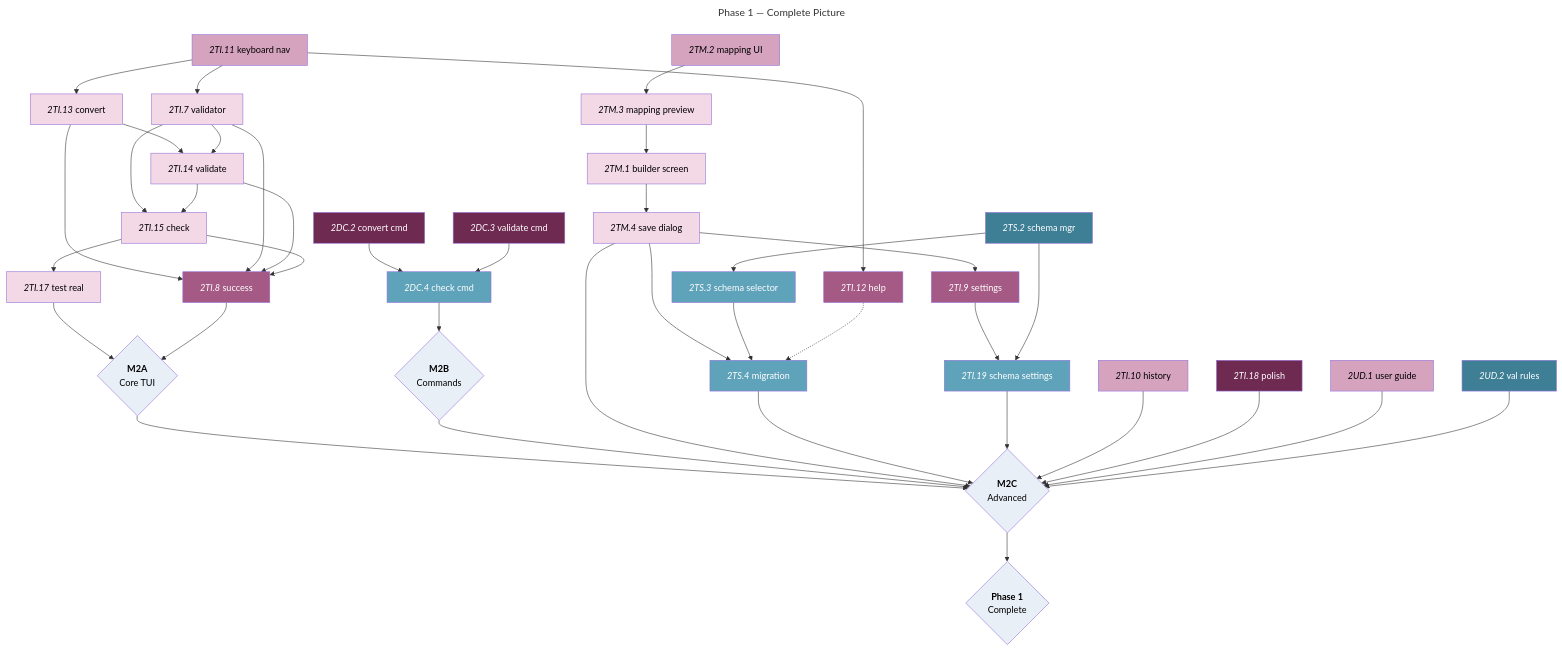
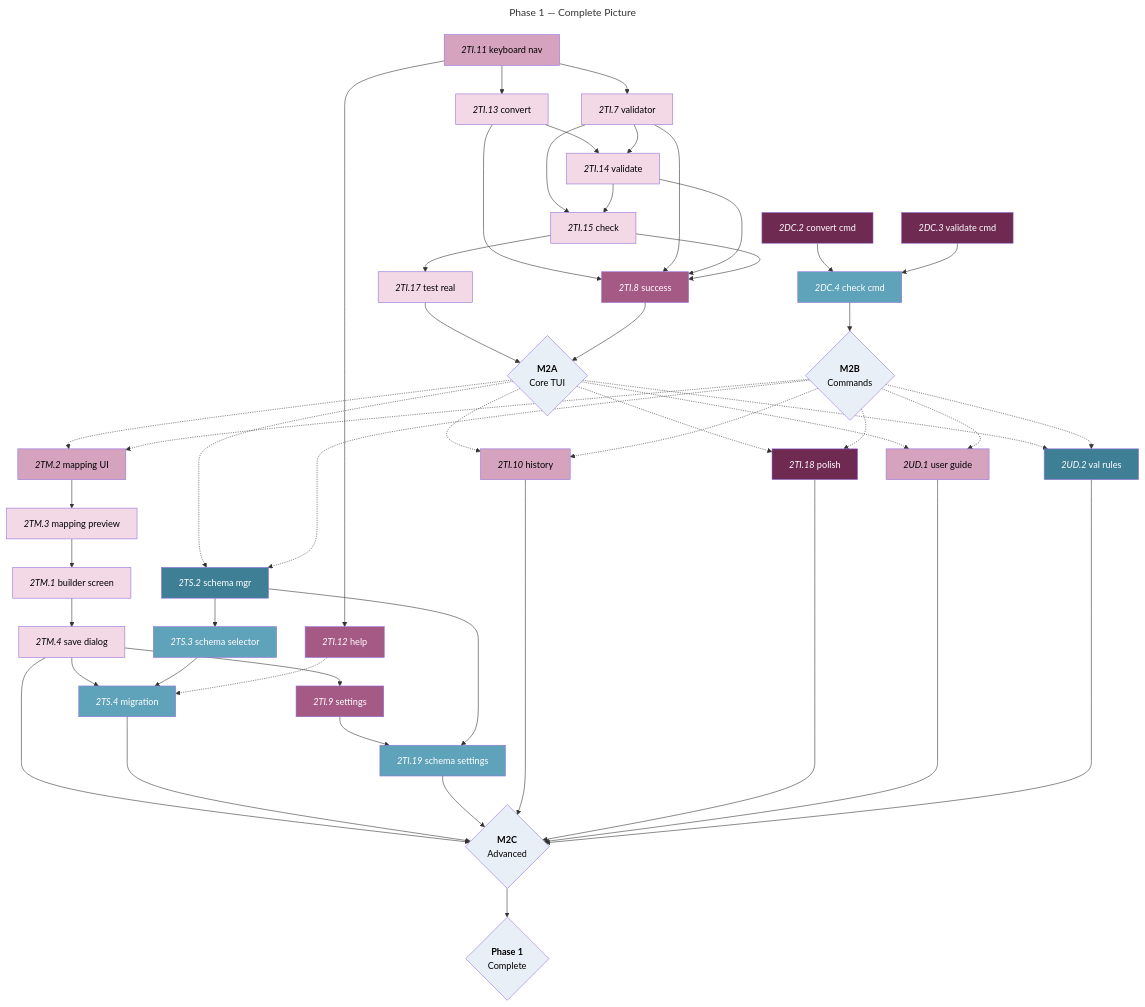
Before and after one commit to foundersandcoders/iris: the fifth of 5 diagrams in docs/roadmaps/phase-1-mvp-features.md, drawn with Mermaid.

Commit message:
fix: correct m2a & m2b relationship to m2c

```diff
--- a/docs/roadmaps/phase-1-mvp-features.md
+++ b/docs/roadmaps/phase-1-mvp-features.md
@@ -357,9 +357,9 @@
 2DC.3 --> 2DC.4
 2DC.4 --> m2b
 
-%% Cross-phase dependencies %%
-m2a --> m2c
-m2b --> m2c
+%% Cross-phase dependencies (M2A + M2B unlock M2C tasks) %%
+m2a -.-> 2TM.2 & 2TI.10 & 2TS.2 & 2TI.18 & 2UD.1 & 2UD.2
+m2b -.-> 2TM.2 & 2TI.10 & 2TS.2 & 2TI.18 & 2UD.1 & 2UD.2
 
 %% M2C Dependencies %%
 2TM.2 --> 2TM.3
```
